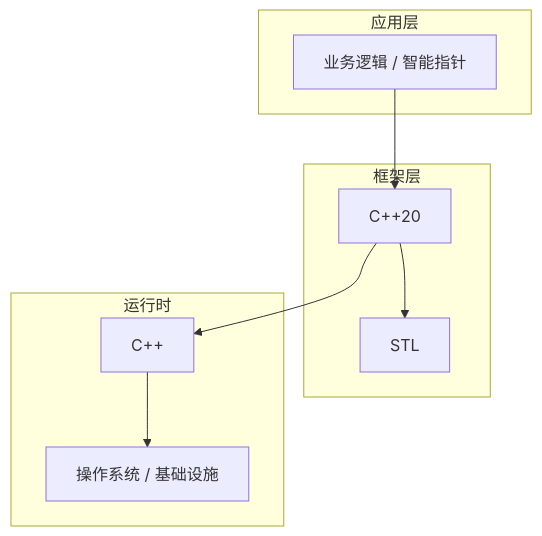
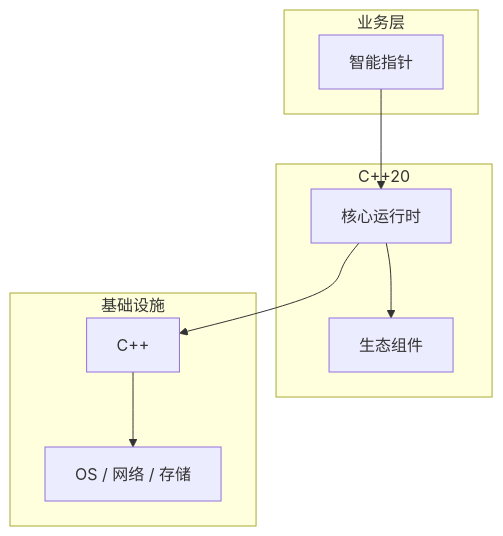
One commit to yanggan2015/knowledge-json-v2 changed the diagram in articles/C++/chapters/097-智能指针核心概念与原理.md. Above: the diagram before and after it, drawn with Mermaid. The commit also changed other lines of this file and 10127 other files, not shown here.

````diff
--- a/articles/C++/chapters/097-智能指针核心概念与原理.md
+++ b/articles/C++/chapters/097-智能指针核心概念与原理.md
@@ -45,18 +34,18 @@
 ```mermaid
 graph TB
-    subgraph 应用层
-        A[业务逻辑 / 智能指针]
+    subgraph 业务层
+        A[智能指针]
     end
-    subgraph 框架层
-        B[C++20]
-        C[STL]
+    subgraph C++20
+        B[核心运行时]
+        C[生态组件]
     end
-    subgraph 运行时
+    subgraph 基础设施
         D[C++]
-        E[操作系统 / 基础设施]
+        E[OS / 网络 / 存储]
     end
     A --> B
     B --> C
     B --> D
     D --> E
 ```
````
